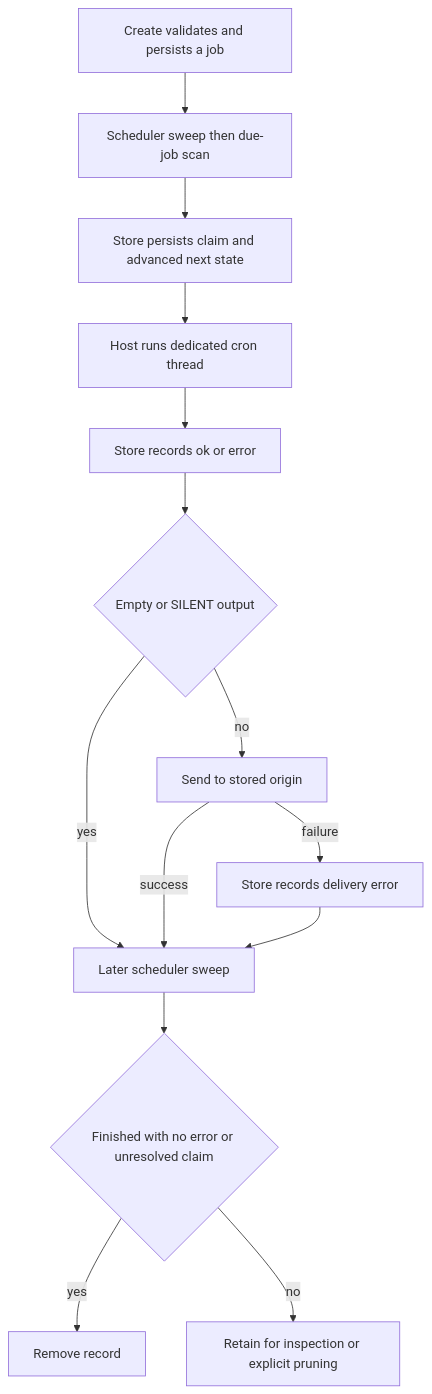
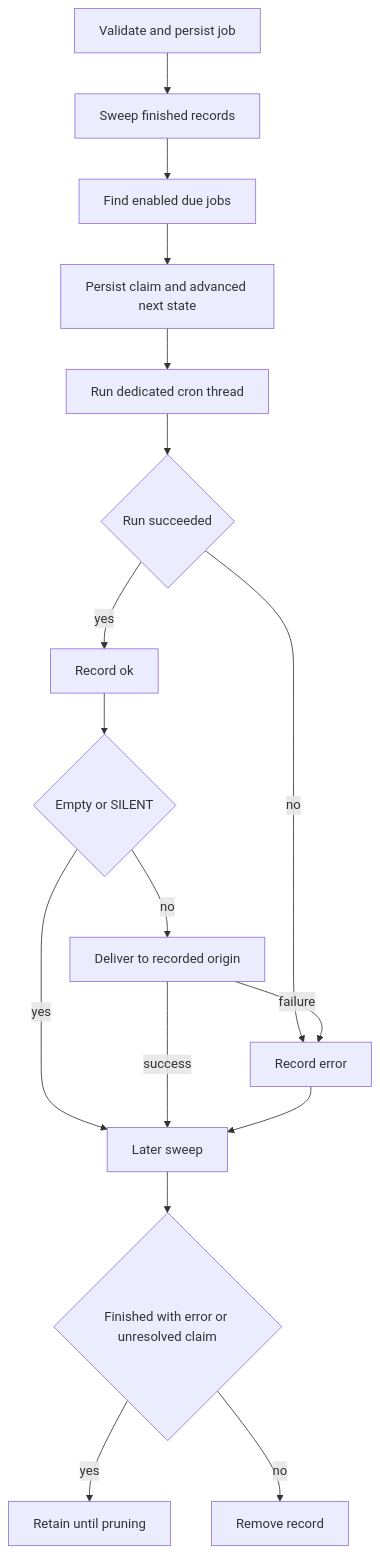
One commit to langchain-ai/deepagents changed the diagram in openwiki/concepts/talon-scheduling.md. Above: the diagram before and after it, drawn with Mermaid. The commit also changed other lines of this file and 39 other files, not shown here.

````diff
--- a/openwiki/concepts/talon-scheduling.md
+++ b/openwiki/concepts/talon-scheduling.md
@@ -66,16 +66,19 @@
 ```mermaid
 flowchart TD
-    Create["Create validates and persists a job"] --> Scan["Scheduler sweep then due-job scan"]
-    Scan --> Claim["Store persists claim and advanced next state"]
-    Claim --> Run["Host runs dedicated cron thread"]
-    Run --> Outcome["Store records ok or error"]
-    Outcome --> Silent{"Empty or SILENT output"}
-    Silent -->|"yes"| Sweep["Later scheduler sweep"]
-    Silent -->|"no"| Deliver["Send to stored origin"]
-    Deliver -->|"failure"| Error["Store records delivery error"]
-    Deliver -->|"success"| Sweep
-    Error --> Sweep
-    Sweep --> Remove{"Finished with no error or unresolved claim"}
-    Remove -->|"yes"| Deleted["Remove record"]
-    Remove -->|"no"| Retained["Retain for inspection or explicit pruning"]
+    Create["Validate and persist job"] --> Sweep["Sweep finished records"]
+    Sweep --> Due["Find enabled due jobs"]
+    Due --> Claim["Persist claim and advanced next state"]
+    Claim --> Run["Run dedicated cron thread"]
+    Run --> Result{"Run succeeded"}
+    Result -->|"no"| Failed["Record error"]
+    Result -->|"yes"| Ok["Record ok"]
+    Ok --> Quiet{"Empty or SILENT"}
+    Quiet -->|"yes"| Later["Later sweep"]
+    Quiet -->|"no"| Deliver["Deliver to recorded origin"]
+    Deliver -->|"failure"| Failed
+    Deliver -->|"success"| Later
+    Failed --> Later
+    Later --> Retain{"Finished with error or unresolved claim"}
+    Retain -->|"yes"| Keep["Retain until pruning"]
+    Retain -->|"no"| Delete["Remove record"]
 ```
````
